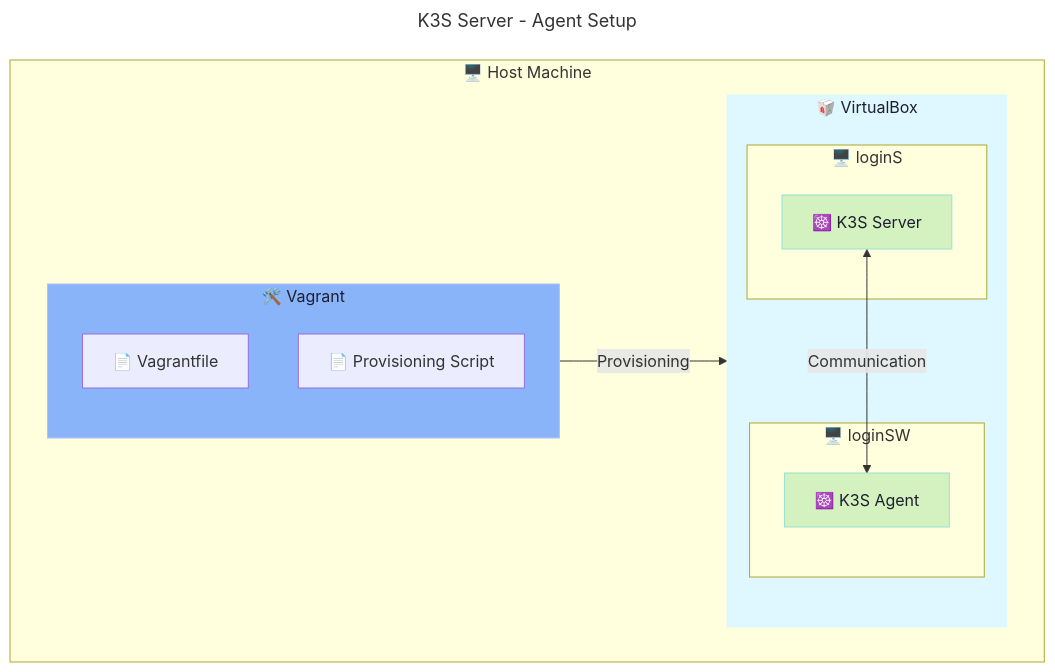
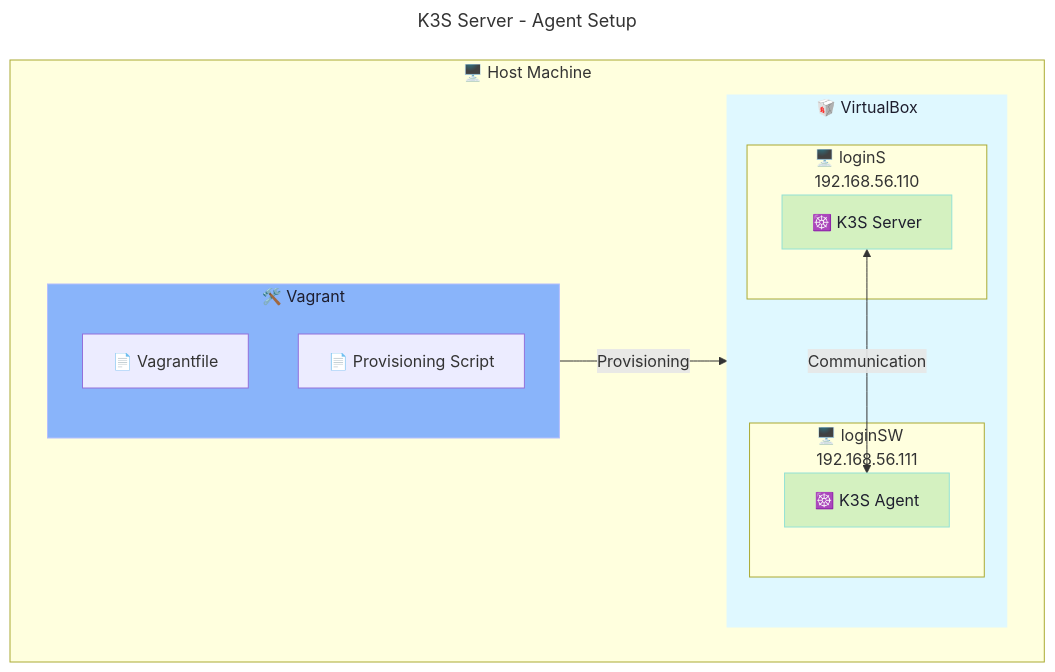
Before and after one commit to Tablerase/42_InceptionOfThings: the diagram in p1/README.md, drawn with Mermaid. The commit also changed other lines of this file and 7 other files, not shown here.

````diff
--- a/p1/README.md
+++ b/p1/README.md
@@ -3,40 +10,40 @@
 ```mermaid
 ---
 title: K3S Server - Agent Setup
 config:
   layout: dagre
 ---
 flowchart TD
   subgraph HostMachine["🖥️️️ Host Machine"]
     subgraph Vagrant["🛠️ Vagrant"]
       direction TB
       InvFile["📄 Vagrantfile"]
       PLY["📄 Provisioning Script"]
     end
 
     subgraph VirtualBox["🥡 VirtualBox"]
-      subgraph VMServer["🖥️ loginS"]
+      subgraph VMServer["🖥️ loginS <br> 192.168.56.110"]
         K3S_Server["☸️ K3S Server"]
       end
-      subgraph VMWorker["🖥️ loginSW"]
+      subgraph VMWorker["🖥️ loginSW <br> 192.168.56.111"]
         K3S_Agent["☸️ K3S Agent"]
       end
     end
 
     Vagrant -->|Provisioning| VirtualBox
     K3S_Server <-->|Communication| K3S_Agent
   end
 
   classDef files fill: #fadc89ff,color: #616161ff,stroke: #b4befe
   classDef database fill: #7575bdff,color: #ffffffff,stroke: #45475a
   classDef web fill: #88e68dff,color: #575757ff,stroke: #45475a
   classDef vagrant fill: #89b4fa,color: #1e1e2e,stroke: #b4befe
   classDef kubern fill: #a6e3a17c,color: #1e1e2e,stroke: #94e2d5
   classDef vbox fill: #dff8ffff,color: #1e1e2e,stroke: #dff8ffff
   classDef web-anim stroke-dasharray: 9,5, stroke-dashoffset: 900, stroke-width: 2, stroke: #489e5dff, animation: dash 25s linear infinite;
   classDef ansible-anim stroke-dasharray: 5,5, stroke-dashoffset: 300, stroke-width: 2, stroke: #e0b25cff, animation: dash 25s linear infinite;
 
   class K3S_Server,K3S_Agent kubern
   class Vagrant vagrant
   class VirtualBox vbox
 ```
````
